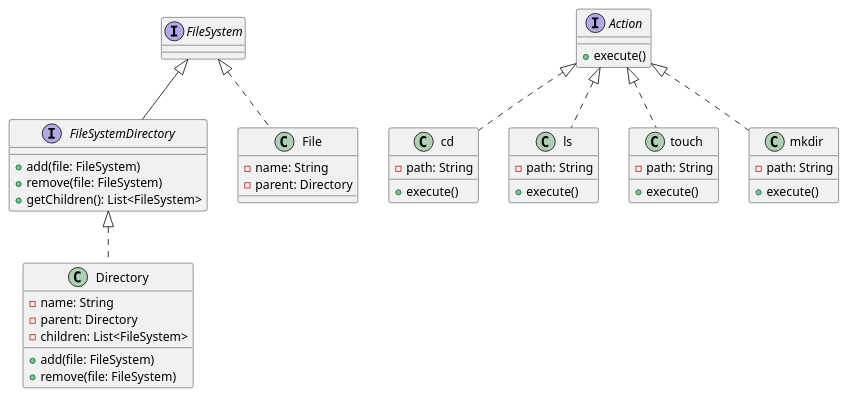
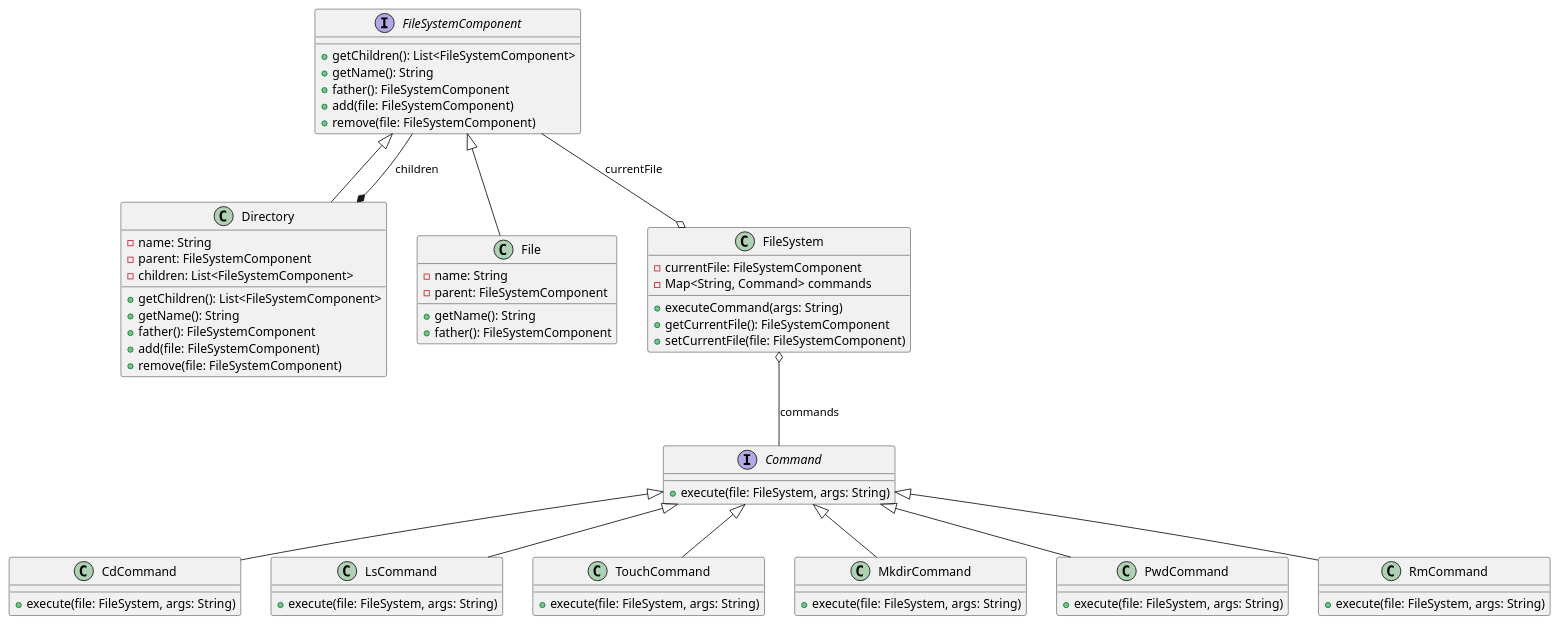
One commit to austral-ingsis-classroom/clifford-Agustin5421 changed the diagram in diagrams/diagram.puml. Above: the diagram before and after it, drawn with PlantUML. The commit also changed 9 other files, not shown here.

Commit message:
small refactors + diagram added

```diff
--- a/diagrams/diagram.puml
+++ b/diagrams/diagram.puml
@@ -1,48 +1,77 @@
 @startuml
-'https://plantuml.com/class-diagram
-
-interface FileSystem {
+interface FileSystemComponent {
+  +getChildren(): List<FileSystemComponent>
+  +getName(): String
+  +father(): FileSystemComponent
+  +add(file: FileSystemComponent)
+  +remove(file: FileSystemComponent)
 }
 
-interface FileSystemDirectory implements FileSystem {
-    +add(file: FileSystem)
-    +remove(file: FileSystem)
-    +getChildren(): List<FileSystem>
+class Directory{
+    -name: String
+    -parent: FileSystemComponent
+    -children: List<FileSystemComponent>
+    +getChildren(): List<FileSystemComponent>
+    +getName(): String
+    +father(): FileSystemComponent
+    +add(file: FileSystemComponent)
+    +remove(file: FileSystemComponent)
 }
 
-class Directory implements FileSystemDirectory{
+class File{
     -name: String
-    -parent: Directory
-    -children: List<FileSystem>
-    +add(file: FileSystem)
-    +remove(file: FileSystem)
-}
-
-class File implements FileSystem{
-    -name: String
-    -parent: Directory
-}
-
-interface Action{
-    +execute()
-}
-
-class cd implements Action{
-    -path: String
-    +execute()
-}
-class ls implements Action{
-    -path: String
-    +execute()
-}
-class touch implements Action{
-    -path: String
-    +execute()
-}
-class mkdir implements Action{
-    -path: String
-    +execute()
+    -parent: FileSystemComponent
+    +getName(): String
+    +father(): FileSystemComponent
 }
 
 
+class FileSystem{
+    -currentFile: FileSystemComponent
+    -Map<String, Command> commands
+    +executeCommand(args: String)
+    +getCurrentFile(): FileSystemComponent
+    +setCurrentFile(file: FileSystemComponent)
+}
+
+interface Command{
+    +execute(file: FileSystem, args: String)
+}
+
+class CdCommand{
+    +execute(file: FileSystem, args: String)
+}
+class LsCommand{
+    +execute(file: FileSystem, args: String)
+}
+class TouchCommand{
+    +execute(file: FileSystem, args: String)
+}
+class MkdirCommand{
+    +execute(file: FileSystem, args: String)
+}
+
+class PwdCommand{
+    +execute(file: FileSystem, args: String)
+}
+
+class RmCommand{
+    +execute(file: FileSystem, args: String)
+}
+
+FileSystemComponent --o FileSystem : currentFile
+
+FileSystemComponent <|-- Directory
+FileSystemComponent <|-- File
+FileSystemComponent --* Directory : children
+
+FileSystem o-- Command : commands
+
+Command <|-- CdCommand
+Command <|-- LsCommand
+Command <|-- TouchCommand
+Command <|-- MkdirCommand
+Command <|-- PwdCommand
+Command <|-- RmCommand
+
 @enduml
```
